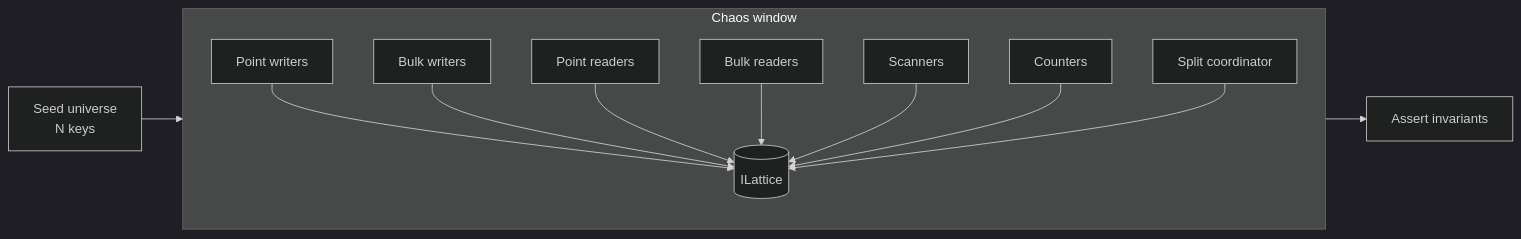
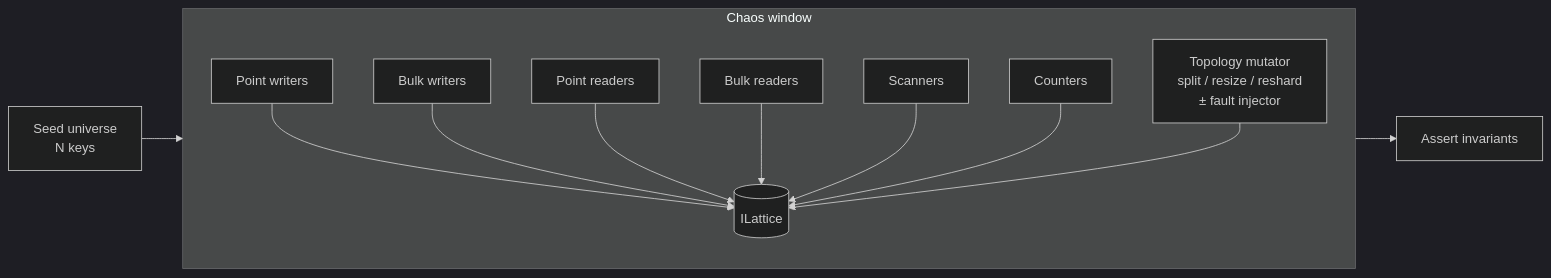
The first of 2 diagrams in docs/chaos-tests.md (NSTA1/Orleans.Lattice), drawn with Mermaid (dark theme) before and after one commit. The commit also changed other lines of this file and 13 other files, not shown here.

````diff
--- a/docs/chaos-tests.md
+++ b/docs/chaos-tests.md
@@ -38,18 +44,18 @@
 ```mermaid
 flowchart LR
     Seed[Seed universe<br/>N keys] --> Chaos
 
     subgraph Chaos[Chaos window]
       direction TB
       PW[Point writers] --> Tree
       BW[Bulk writers] --> Tree
       PR[Point readers] --> Tree
       BR[Bulk readers] --> Tree
       SC[Scanners] --> Tree
       CT[Counters] --> Tree
-      SP[Split coordinator] --> Tree
+      TM[Topology mutator<br/>split / resize / reshard<br/>± fault injector] --> Tree
       Tree[(ILattice)]
     end
 
     Chaos --> Assert[Assert invariants]
 ```
````
